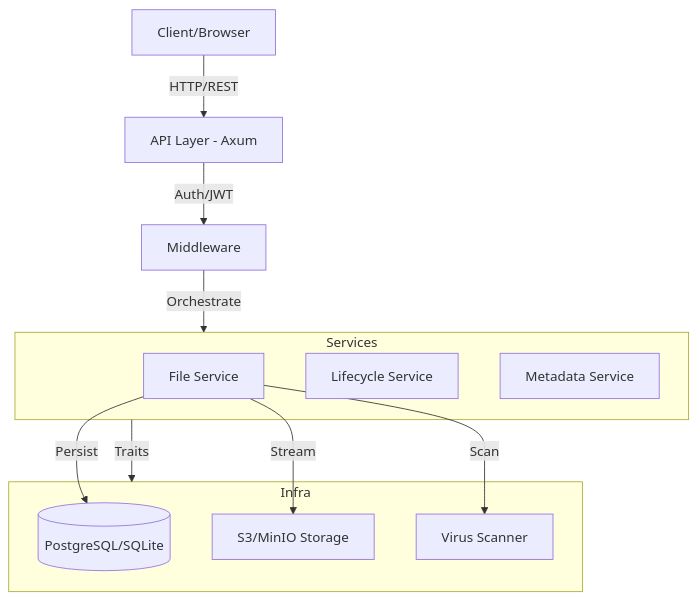
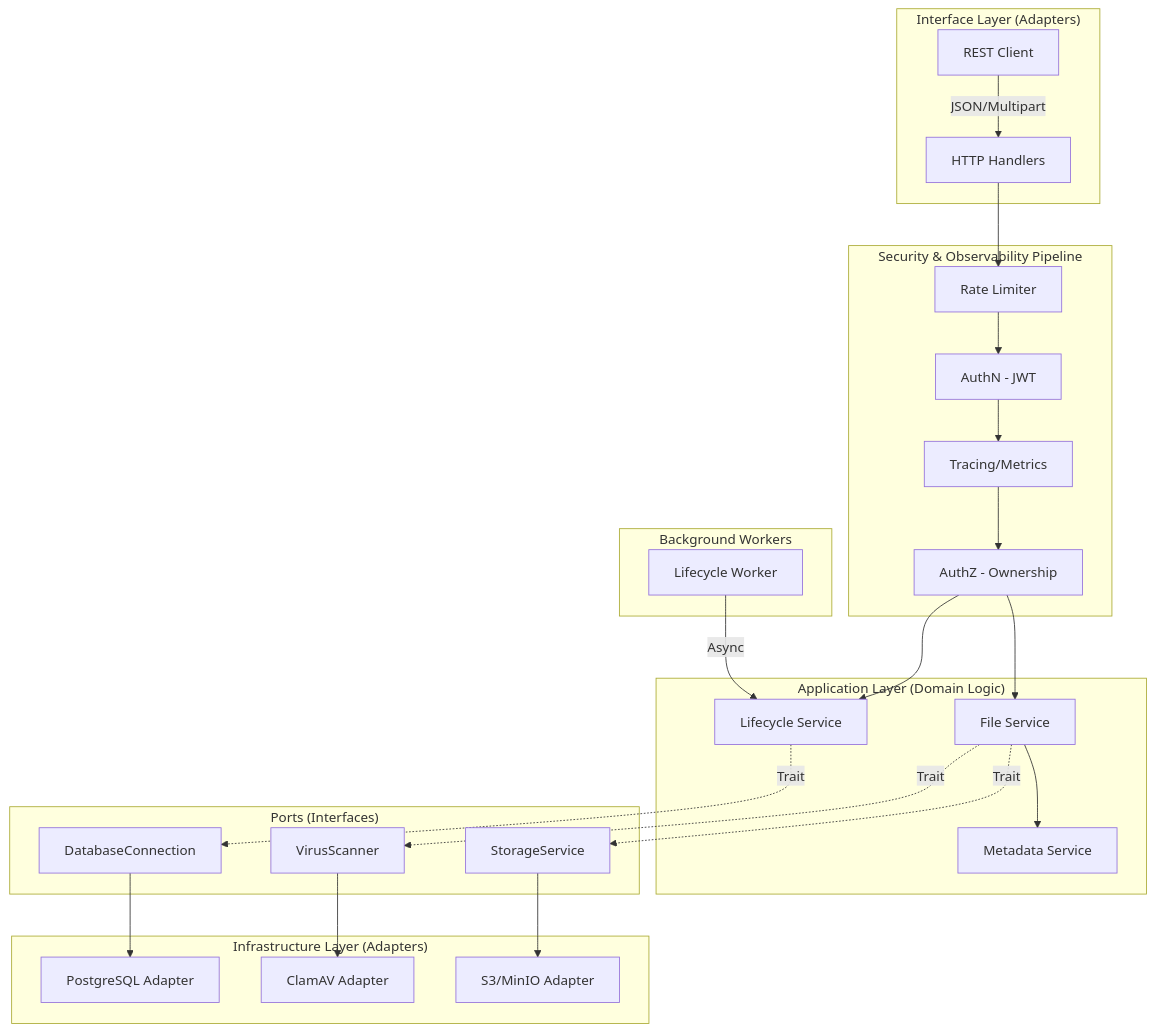
The diagram in ARCHITECTURE.md (appsjuragan/rust-file-backend), drawn with Mermaid before and after one commit. The commit also changed other lines of this file, not shown here.

Commit message:
docs: finalize enterprise-grade ARCHITECTURE.md with Hexagonal layers and security zones

````diff
--- a/ARCHITECTURE.md
+++ b/ARCHITECTURE.md
@@ -48,24 +30,35 @@
 ```mermaid
 graph TD
-    Client[Client/Browser] -->|HTTP/REST| API[API Layer - Axum]
-    API -->|Auth/JWT| Middleware[Middleware]
-    Middleware -->|Orchestrate| Services[Service Layer]
-    
-    subgraph Services
-        FS[File Service]
-        SL[Lifecycle Service]
-        MS[Metadata Service]
+    subgraph "Interface Layer (Adapters)"
+        Client[REST Client] -->|JSON/Multipart| Handlers[HTTP Handlers]
     end
-    
-    Services -->|Traits| Infra[Infrastructure Layer]
-    
-    subgraph Infra
-        DB[(PostgreSQL/SQLite)]
-        S3[S3/MinIO Storage]
-        AV[Virus Scanner]
+
+    subgraph "Security & Observability Pipeline"
+        Handlers --> RL[Rate Limiter]
+        RL --> AN[AuthN - JWT]
+        AN --> TR[Tracing/Metrics]
+        TR --> AZ[AuthZ - Ownership]
     end
-    
-    FS -->|Stream| S3
-    FS -->|Scan| AV
-    FS -->|Persist| DB
+
+    subgraph "Application Layer (Domain Logic)"
+        AZ --> FS[File Service]
+        AZ --> SL[Lifecycle Service]
+        FS --> MS[Metadata Service]
+    end
+
+    subgraph "Ports (Interfaces)"
+        FS -.->|Trait| P_Storage[StorageService]
+        FS -.->|Trait| P_Scan[VirusScanner]
+        SL -.->|Trait| P_DB[DatabaseConnection]
+    end
+
+    subgraph "Infrastructure Layer (Adapters)"
+        P_Storage --> S3[S3/MinIO Adapter]
+        P_Scan --> ClamAV[ClamAV Adapter]
+        P_DB --> Postgres[PostgreSQL Adapter]
+    end
+
+    subgraph "Background Workers"
+        Worker[Lifecycle Worker] -->|Async| SL
+    end
 ```
````
